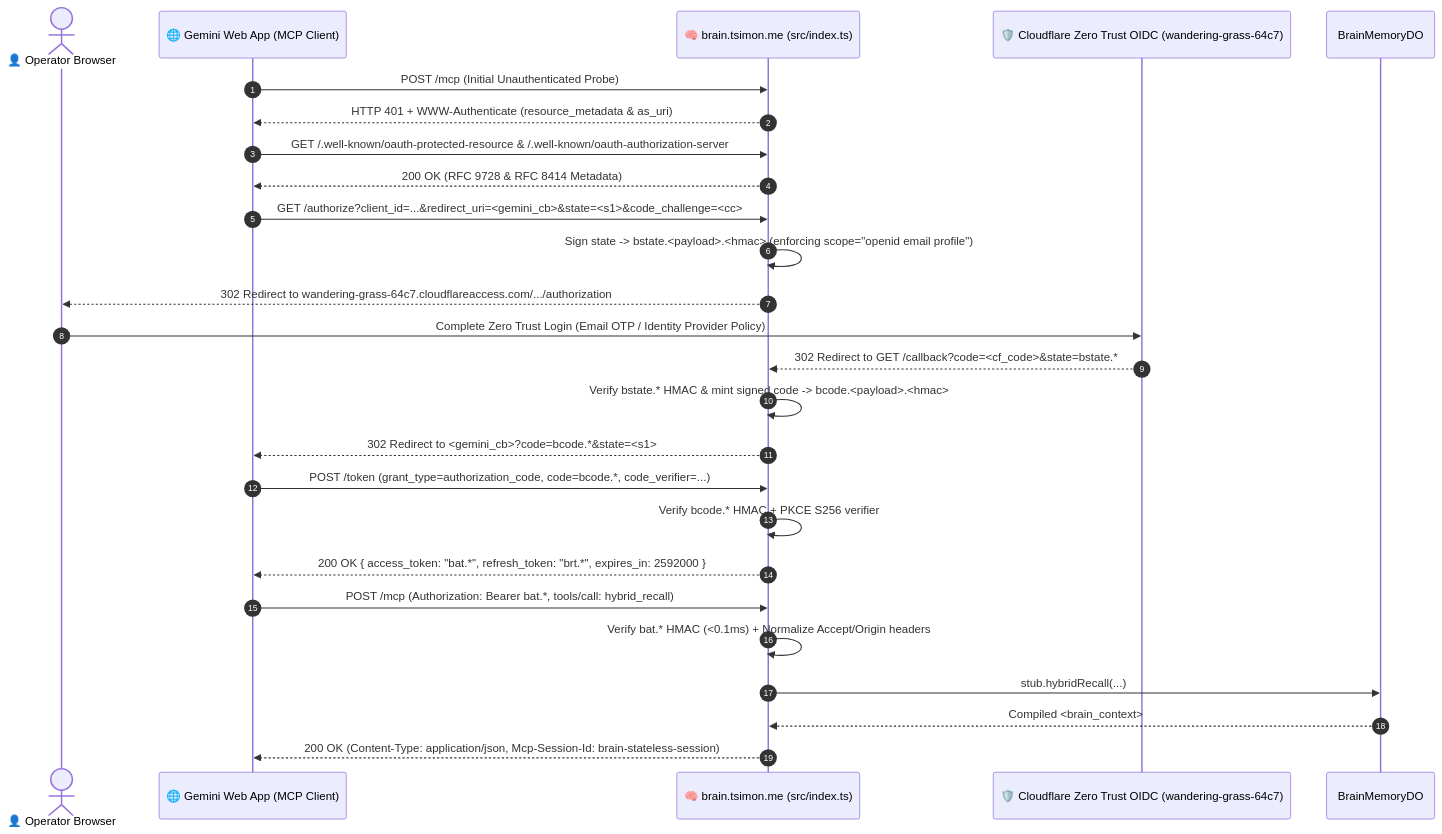
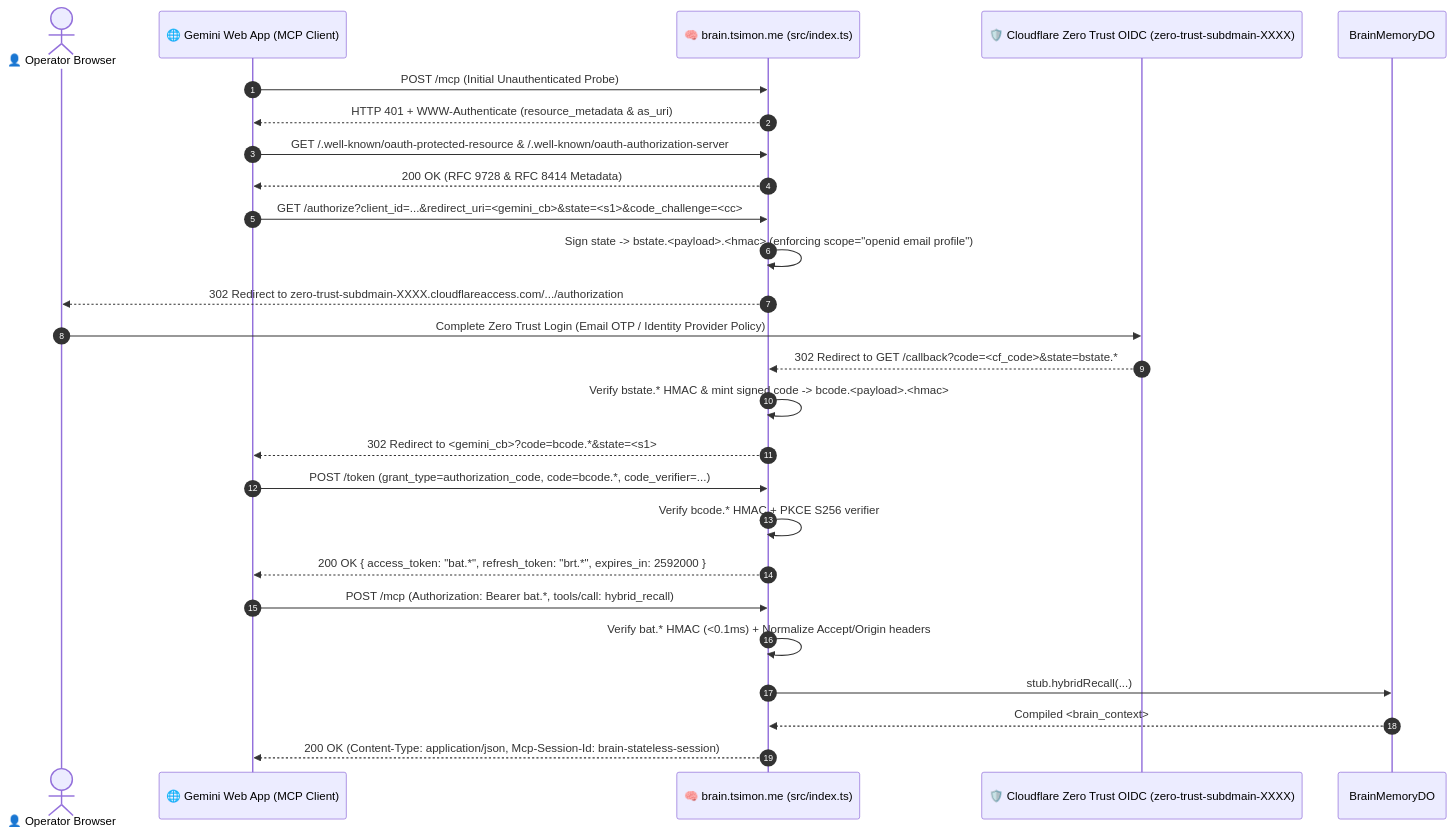
Diagram 11 of 11 in README.md (t0m-a/gemini-brain), drawn with Mermaid before and after one commit. The commit also changed other lines of this file, not shown here.

````diff
--- a/README.md
+++ b/README.md
@@ -957,29 +957,29 @@
 ```mermaid
 sequenceDiagram
     autonumber
     actor User as 👤 Operator Browser
     participant Gemini as 🌐 Gemini Web App (MCP Client)
     participant Worker as 🧠 brain.tsimon.me (src/index.ts)
-    participant CF as 🛡️ Cloudflare Zero Trust OIDC (wandering-grass-64c7)
+    participant CF as 🛡️ Cloudflare Zero Trust OIDC (zero-trust-subdmain-XXXX)
     participant DO as BrainMemoryDO
 
     Gemini->>Worker: POST /mcp (Initial Unauthenticated Probe)
     Worker-->>Gemini: HTTP 401 + WWW-Authenticate (resource_metadata & as_uri)
     Gemini->>Worker: GET /.well-known/oauth-protected-resource & /.well-known/oauth-authorization-server
     Worker-->>Gemini: 200 OK (RFC 9728 & RFC 8414 Metadata)
     Gemini->>Worker: GET /authorize?client_id=...&redirect_uri=<gemini_cb>&state=<s1>&code_challenge=<cc>
     Worker->>Worker: Sign state -> bstate.<payload>.<hmac> (enforcing scope="openid email profile")
-    Worker-->>User: 302 Redirect to wandering-grass-64c7.cloudflareaccess.com/.../authorization
+    Worker-->>User: 302 Redirect to zero-trust-subdmain-XXXX.cloudflareaccess.com/.../authorization
     User->>CF: Complete Zero Trust Login (Email OTP / Identity Provider Policy)
     CF-->>Worker: 302 Redirect to GET /callback?code=<cf_code>&state=bstate.*
     Worker->>Worker: Verify bstate.* HMAC & mint signed code -> bcode.<payload>.<hmac>
     Worker-->>Gemini: 302 Redirect to <gemini_cb>?code=bcode.*&state=<s1>
     Gemini->>Worker: POST /token (grant_type=authorization_code, code=bcode.*, code_verifier=...)
     Worker->>Worker: Verify bcode.* HMAC + PKCE S256 verifier
     Worker-->>Gemini: 200 OK { access_token: "bat.*", refresh_token: "brt.*", expires_in: 2592000 }
     Gemini->>Worker: POST /mcp (Authorization: Bearer bat.*, tools/call: hybrid_recall)
     Worker->>Worker: Verify bat.* HMAC (<0.1ms) + Normalize Accept/Origin headers
     Worker->>DO: stub.hybridRecall(...)
     DO-->>Worker: Compiled <brain_context>
     Worker-->>Gemini: 200 OK (Content-Type: application/json, Mcp-Session-Id: brain-stateless-session)
 ```
````
